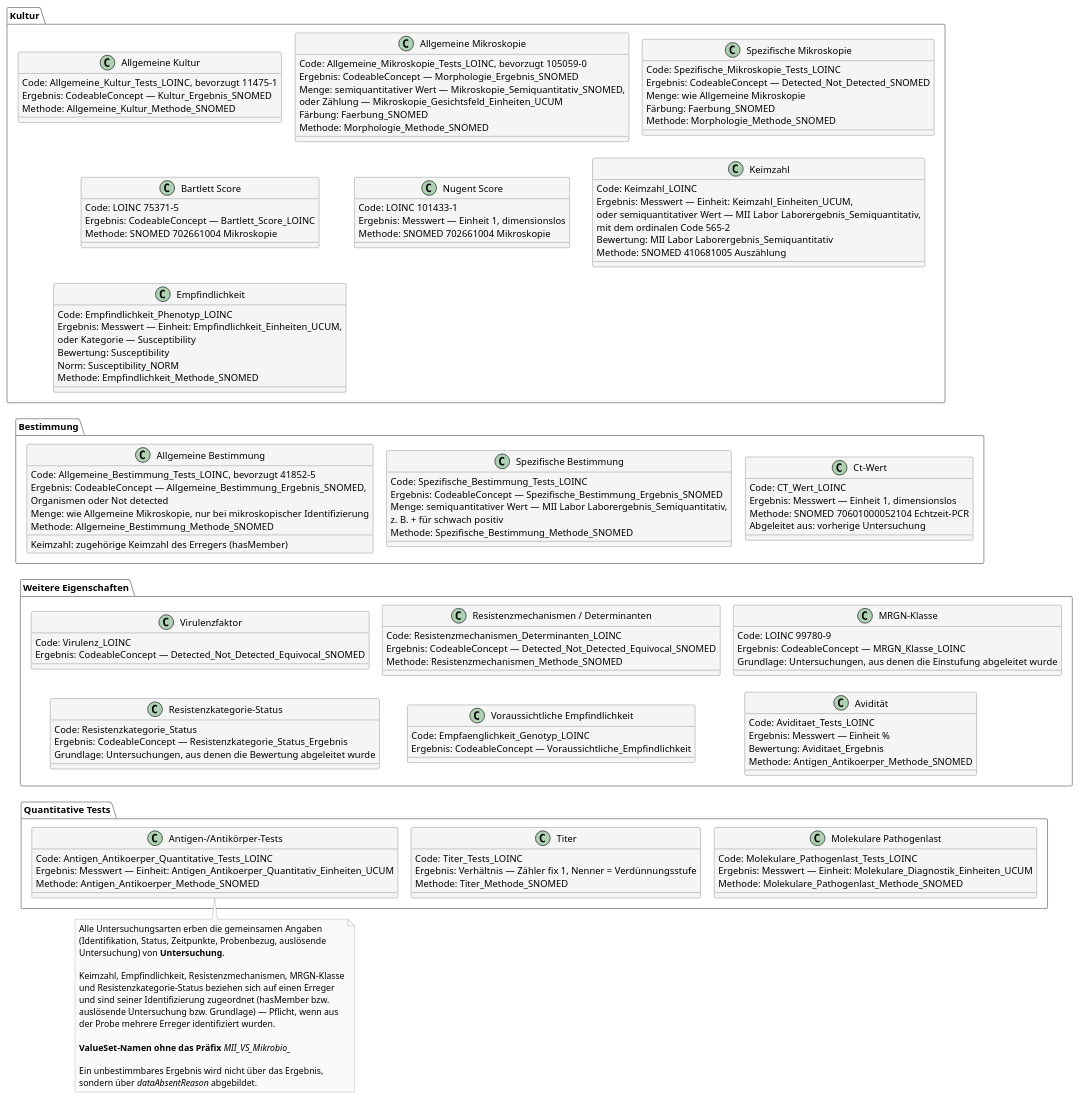
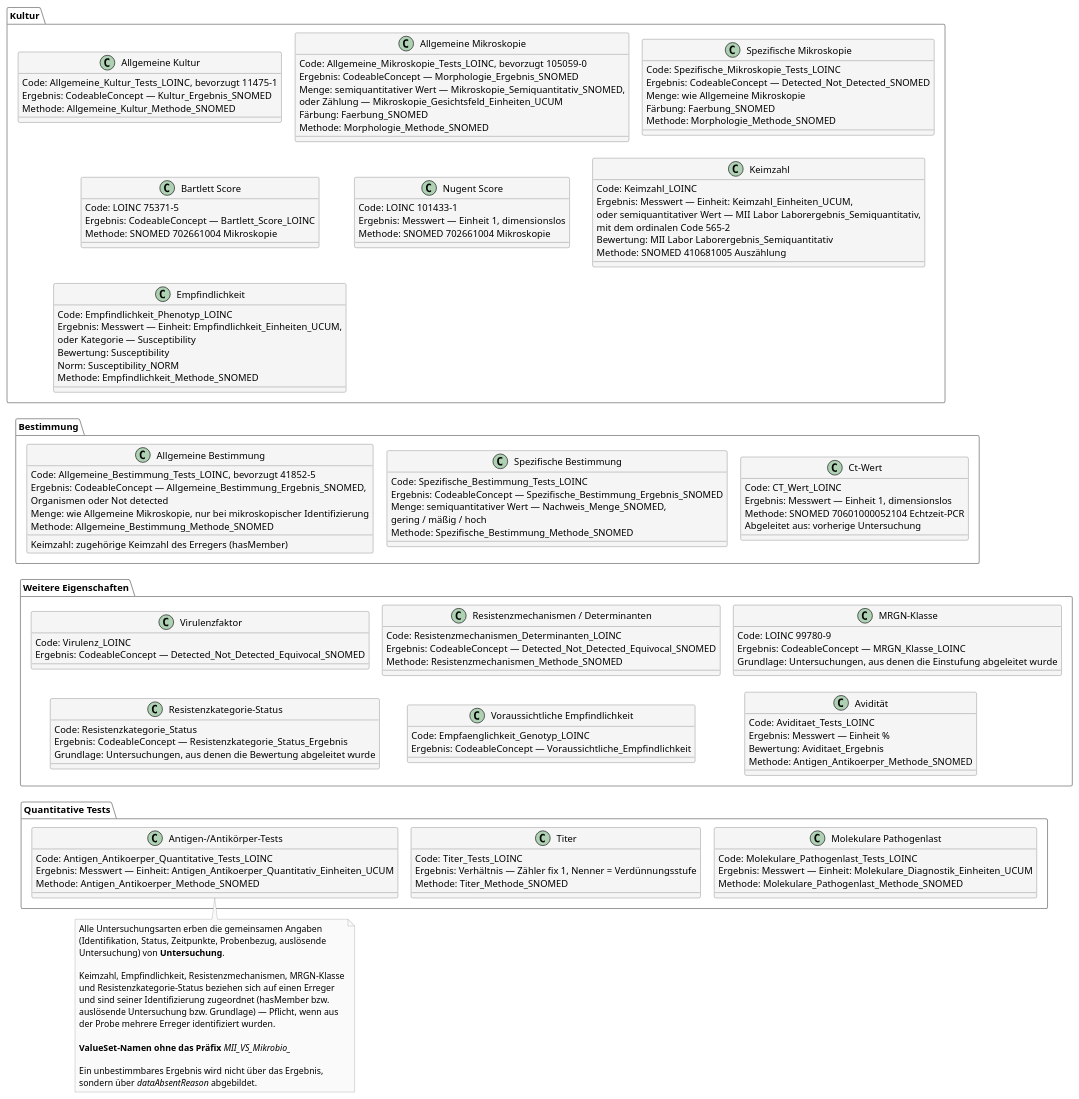
The diagram in input/images-source/mii-mikrobio-untersuchungsarten.plantuml (medizininformatik-initiative/kerndatensatzmodul-mikrobiologie), drawn with PlantUML before and after one commit. The commit also changed 14 other files, not shown here.

```diff
--- a/input/images-source/mii-mikrobio-untersuchungsarten.plantuml
+++ b/input/images-source/mii-mikrobio-untersuchungsarten.plantuml
@@ -105,8 +105,8 @@
   class "Spezifische Bestimmung" as SpezifischeBestimmung {
     Code: Spezifische_Bestimmung_Tests_LOINC
     Ergebnis: CodeableConcept — Spezifische_Bestimmung_Ergebnis_SNOMED
-    Menge: semiquantitativer Wert — MII Labor Laborergebnis_Semiquantitativ,
-           z. B. + für schwach positiv
+    Menge: semiquantitativer Wert — Nachweis_Menge_SNOMED,
+           gering / mäßig / hoch
     Methode: Spezifische_Bestimmung_Methode_SNOMED
   }
   class "Ct-Wert" as CtWert {
```
